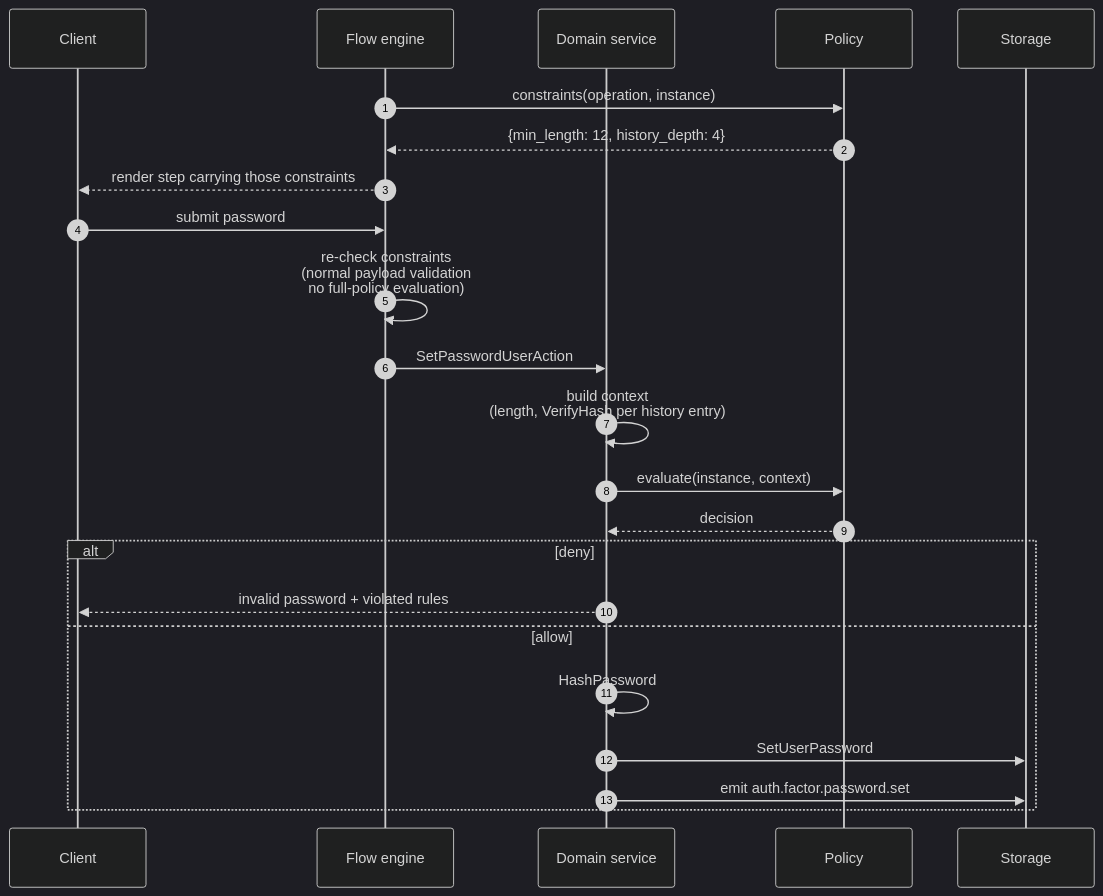
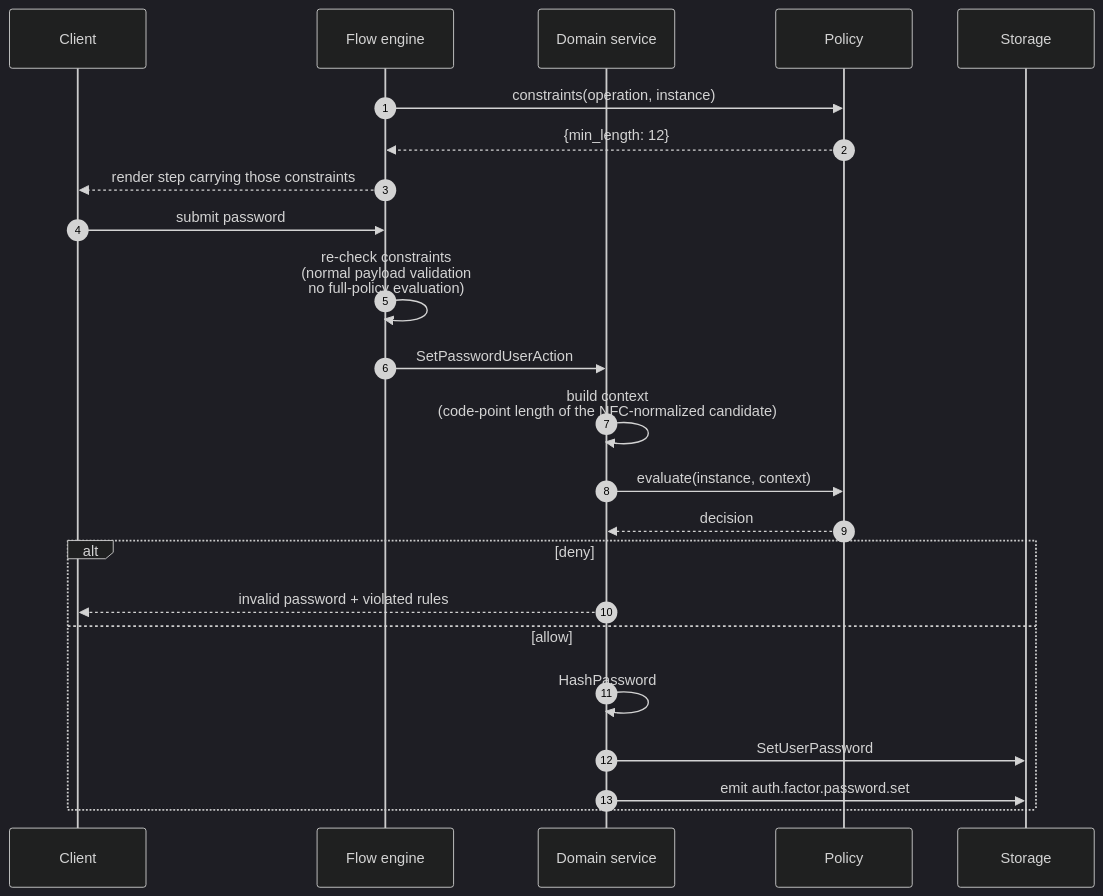
The diagram in docs/adrs/066-operation-policies.md (zitadel/nextgen), drawn with Mermaid (dark theme) before and after one commit. The commit also changed other lines of this file and 11 other files, not shown here.

````diff
--- a/docs/adrs/066-operation-policies.md
+++ b/docs/adrs/066-operation-policies.md
@@ -330,26 +343,26 @@
 ```mermaid
 sequenceDiagram
     autonumber
     participant C as Client
     participant F as Flow engine
     participant S as Domain service
     participant P as Policy
     participant DB as Storage
 
     F->>P: constraints(operation, instance)
-    P-->>F: {min_length: 12, history_depth: 4}
+    P-->>F: {min_length: 12}
     F-->>C: render step carrying those constraints
     C->>F: submit password
     F->>F: re-check constraints<br>(normal payload validation<br>no full-policy evaluation)
     F->>S: SetPasswordUserAction
-    S->>S: build context<br>(length, VerifyHash per history entry)
+    S->>S: build context<br>(code-point length of the NFC-normalized candidate)
     S->>P: evaluate(instance, context)
     P-->>S: decision
     alt deny
         S-->>C: invalid password + violated rules
     else allow
         S->>S: HashPassword
         S->>DB: SetUserPassword
         S->>DB: emit auth.factor.password.set
     end
 ```
````
